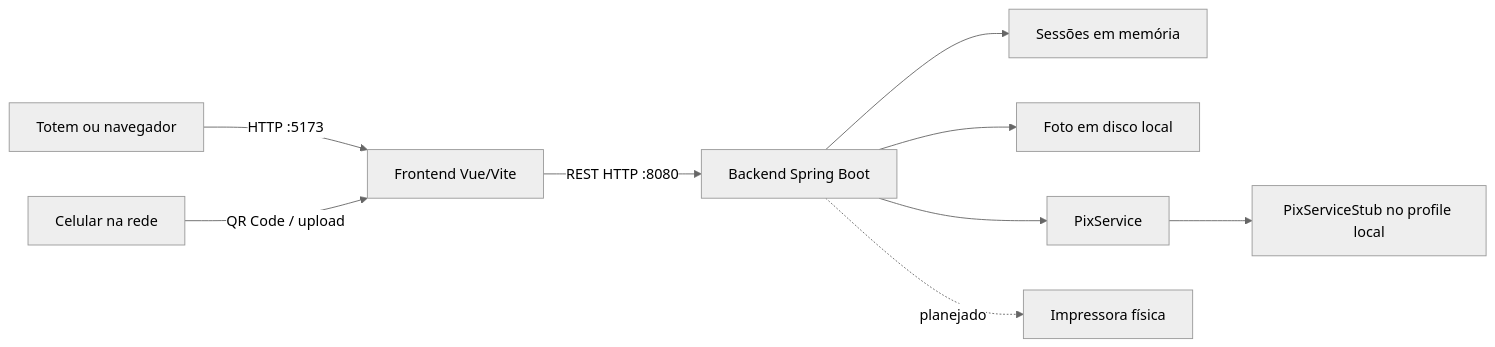
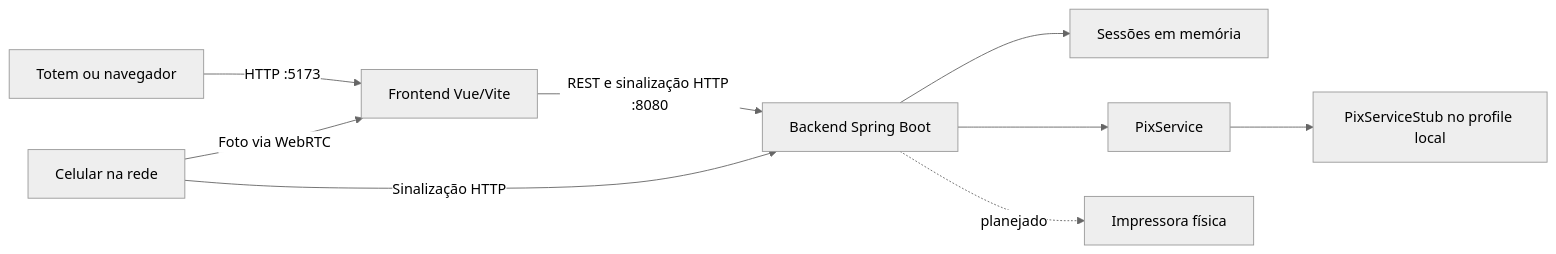
One commit to curadosa/totem-fotos changed the diagram in docs/06-architecture/architecture-overview.md. Above: the diagram before and after it, drawn with Mermaid (neutral theme). The commit also changed other lines of this file and 54 other files, not shown here.

````diff
--- a/docs/06-architecture/architecture-overview.md
+++ b/docs/06-architecture/architecture-overview.md
@@ -12,11 +12,11 @@
 ```mermaid
 flowchart LR
     T[Totem ou navegador] -->|HTTP :5173| F[Frontend Vue/Vite]
-    C[Celular na rede] -->|QR Code / upload| F
-    F -->|REST HTTP :8080| B[Backend Spring Boot]
+    C[Celular na rede] -->|Foto via WebRTC| F
+    C -->|Sinalização HTTP| B[Backend Spring Boot]
+    F -->|REST e sinalização HTTP :8080| B
     B --> S[Sessões em memória]
-    B --> D[Foto em disco local]
     B --> P[PixService]
     P --> PS[PixServiceStub no profile local]
     B -. planejado .-> I[Impressora física]
 ```
````
